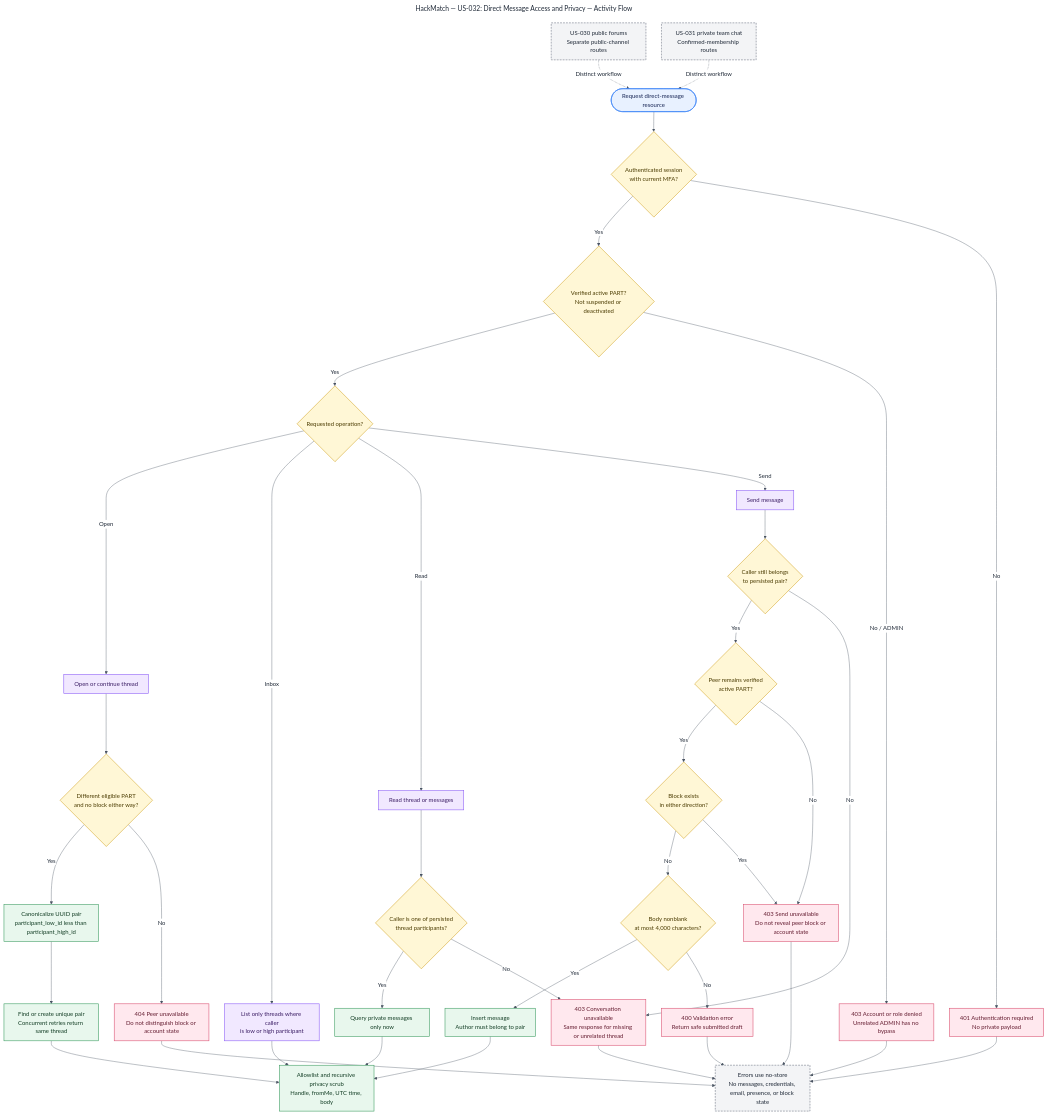
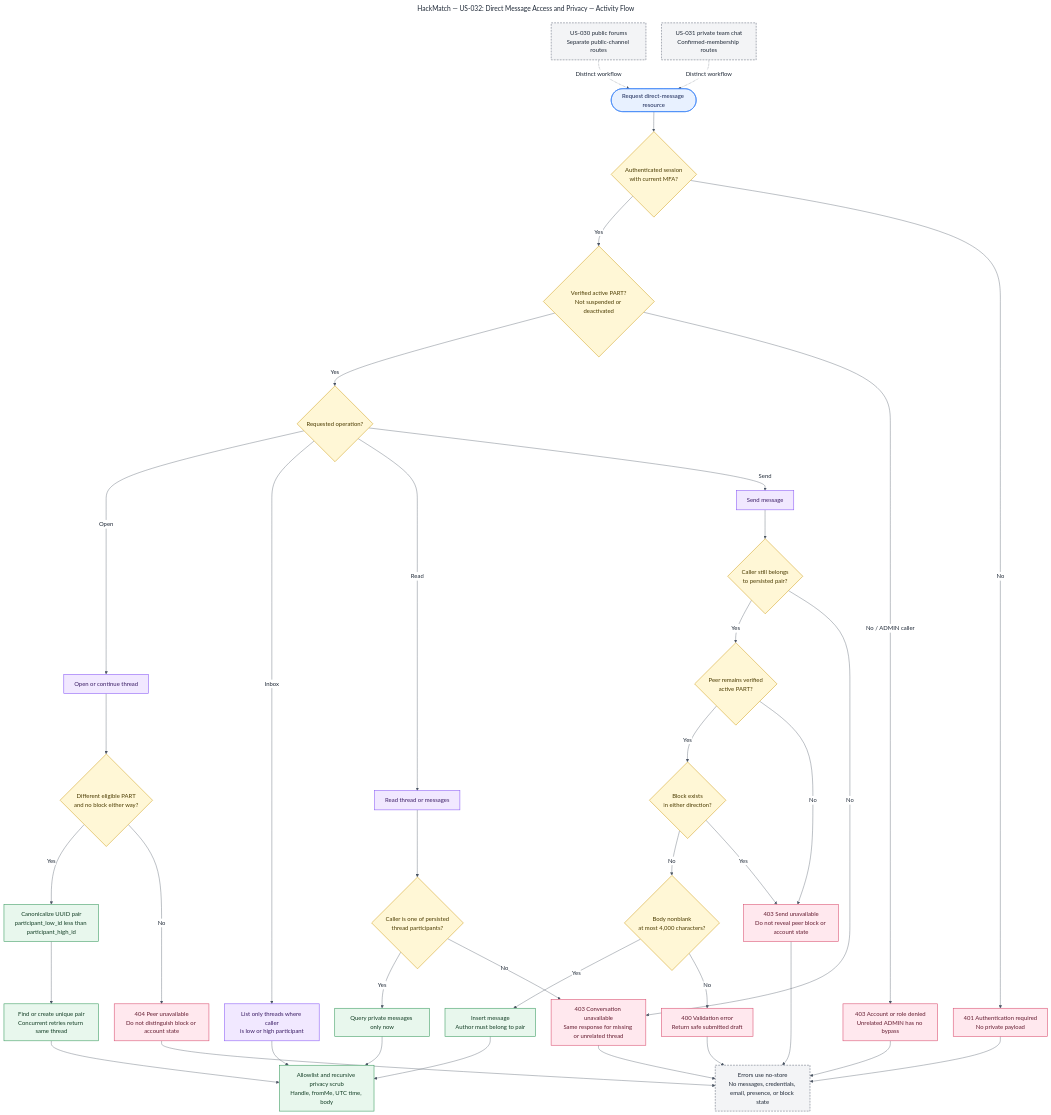
The diagram in docs/diagrams/US-032/US-032-direct-message-access-flow.mmd (comp313-g1/HackMatch), drawn with Mermaid before and after one commit. The commit also changed 54 other files, not shown here.

Commit message:
docs(diagrams): add US-035 and align engineering diagrams (#450)

```diff
--- a/docs/diagrams/US-032/US-032-direct-message-access-flow.mmd
+++ b/docs/diagrams/US-032/US-032-direct-message-access-flow.mmd
@@ -1,86 +1,86 @@
 ---
 title: "HackMatch — US-032: Direct Message Access and Privacy — Activity Flow"
 ---
 %%{init: {"theme":"base","themeVariables":{"background":"#ffffff","primaryTextColor":"#1f2937","lineColor":"#4b5563","edgeLabelBackground":"#ffffff","fontFamily":"Arial, sans-serif"},"flowchart":{"useMaxWidth":true,"htmlLabels":true,"curve":"basis","nodeSpacing":42,"rankSpacing":54,"padding":14}}}%%
 flowchart TB
     PUBLIC["US-030 public forums<br/>Separate public-channel routes"]:::internal
     TEAM["US-031 private team chat<br/>Confirmed-membership routes"]:::internal
     START(["Request direct-message resource"]):::identity
     AUTH{"Authenticated session<br/>with current MFA?"}:::decision
     ACCOUNT{"Verified active PART?<br/>Not suspended or deactivated"}:::decision
     OP{"Requested operation?"}:::decision
 
     OPEN["Open or continue thread"]:::messaging
     PEER{"Different eligible PART<br/>and no block either way?"}:::decision
     PAIR["Canonicalize UUID pair<br/>participant_low_id less than participant_high_id"]:::persistence
     UNIQUE["Find or create unique pair<br/>Concurrent retries return same thread"]:::persistence
 
     INBOX["List only threads where caller<br/>is low or high participant"]:::messaging
 
     READ["Read thread or messages"]:::messaging
     MEMBER{"Caller is one of persisted<br/>thread participants?"}:::decision
     QUERY["Query private messages only now"]:::persistence
 
     SEND["Send message"]:::messaging
     SEND_MEMBER{"Caller still belongs<br/>to persisted pair?"}:::decision
     PEER_STATE{"Peer remains verified<br/>active PART?"}:::decision
     BLOCK{"Block exists<br/>in either direction?"}:::decision
     BODY{"Body nonblank<br/>at most 4,000 characters?"}:::decision
     STORE["Insert message<br/>Author must belong to pair"]:::persistence
 
     PROJECT["Allowlist and recursive privacy scrub<br/>Handle, fromMe, UTC time, body"]:::success
     DENY_AUTH["401 Authentication required<br/>No private payload"]:::denied
     DENY_ACCOUNT["403 Account or role denied<br/>Unrelated ADMIN has no bypass"]:::denied
     DENY_OPEN["404 Peer unavailable<br/>Do not distinguish block or account state"]:::denied
     DENY_THREAD["403 Conversation unavailable<br/>Same response for missing or unrelated thread"]:::denied
     DENY_SEND["403 Send unavailable<br/>Do not reveal peer block or account state"]:::denied
     VALIDATION["400 Validation error<br/>Return safe submitted draft"]:::denied
     NO_STORE["Errors use no-store<br/>No messages, credentials, email, presence, or block state"]:::internal
 
     PUBLIC -. "Distinct workflow" .-> START
     TEAM -. "Distinct workflow" .-> START
     START --> AUTH
     AUTH -->|"Yes"| ACCOUNT
     AUTH -->|"No"| DENY_AUTH
     ACCOUNT -->|"Yes"| OP
-    ACCOUNT -->|"No / ADMIN"| DENY_ACCOUNT
+    ACCOUNT -->|"No / ADMIN caller"| DENY_ACCOUNT
 
     OP -->|"Open"| OPEN
     OP -->|"Inbox"| INBOX
     OP -->|"Read"| READ
     OP -->|"Send"| SEND
 
     OPEN --> PEER
     PEER -->|"Yes"| PAIR --> UNIQUE --> PROJECT
     PEER -->|"No"| DENY_OPEN
 
     INBOX --> PROJECT
 
     READ --> MEMBER
     MEMBER -->|"Yes"| QUERY --> PROJECT
     MEMBER -->|"No"| DENY_THREAD
 
     SEND --> SEND_MEMBER
     SEND_MEMBER -->|"Yes"| PEER_STATE
     SEND_MEMBER -->|"No"| DENY_THREAD
     PEER_STATE -->|"Yes"| BLOCK
     PEER_STATE -->|"No"| DENY_SEND
     BLOCK -->|"No"| BODY
     BLOCK -->|"Yes"| DENY_SEND
     BODY -->|"Yes"| STORE --> PROJECT
     BODY -->|"No"| VALIDATION
 
     DENY_AUTH --> NO_STORE
     DENY_ACCOUNT --> NO_STORE
     DENY_OPEN --> NO_STORE
     DENY_THREAD --> NO_STORE
     DENY_SEND --> NO_STORE
     VALIDATION --> NO_STORE
 
     classDef identity fill:#e8f1ff,stroke:#3b82f6,color:#172554,stroke-width:1.5px;
     classDef messaging fill:#f1e8ff,stroke:#8b5cf6,color:#3b1d64,stroke-width:1.5px;
     classDef decision fill:#fff7d6,stroke:#d4a72c,color:#4a3b00,stroke-width:1.5px;
     classDef success fill:#e8f7ed,stroke:#3a9b5f,color:#123d24,stroke-width:1.5px;
     classDef persistence fill:#e8f7ed,stroke:#3a9b5f,color:#123d24,stroke-width:1.5px;
     classDef denied fill:#ffe8ee,stroke:#d94f70,color:#641c30,stroke-width:1.5px;
     classDef internal fill:#f3f4f6,stroke:#6b7280,color:#1f2937,stroke-width:1.5px,stroke-dasharray:5 3;
```
